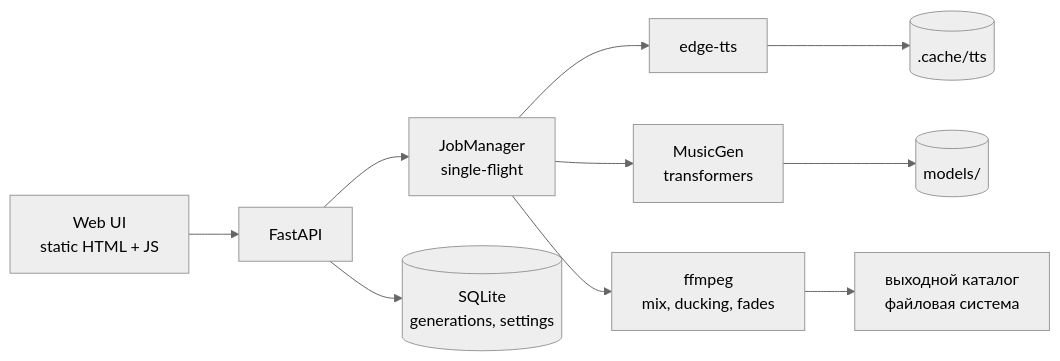
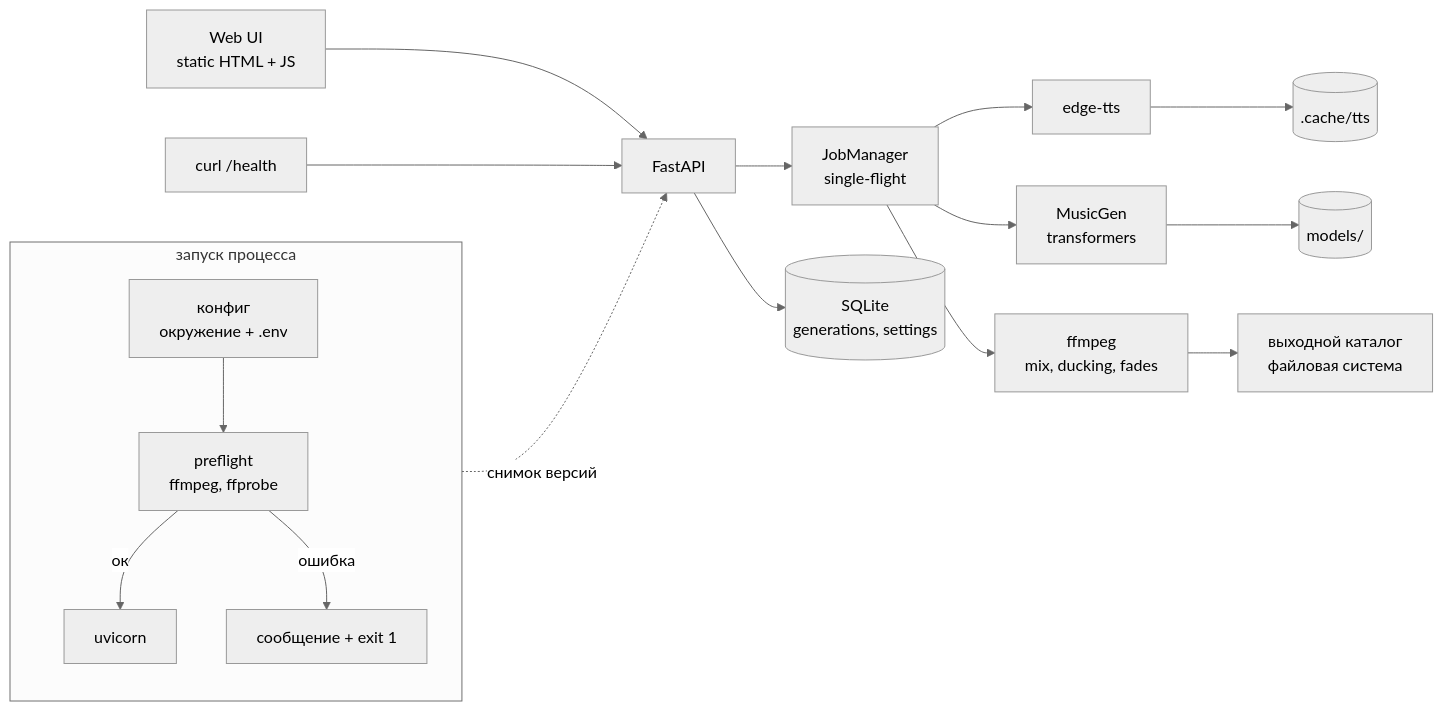
Before and after one commit to tuch-ka/muzifikator: the first of 2 diagrams in docs/architecture.md, drawn with Mermaid (neutral theme). The commit also changed other lines of this file and 14 other files, not shown here.

First line of the commit message:
feat: add project scaffold with preflight and health

````diff
--- a/docs/architecture.md
+++ b/docs/architecture.md
@@ -8,12 +8,20 @@
 ```mermaid
 flowchart LR
+    subgraph START["запуск процесса"]
+        direction TB
+        CFG["конфиг<br/>окружение + .env"] --> PF["preflight<br/>ffmpeg, ffprobe"]
+        PF -->|"ок"| APP["uvicorn"]
+        PF -->|"ошибка"| EXIT["сообщение + exit 1"]
+    end
     UI["Web UI<br/>static HTML + JS"] --> API["FastAPI"]
+    OPS["curl /health"] --> API
     API --> JOB["JobManager<br/>single-flight"]
     JOB --> TTS["edge-tts"]
     JOB --> MUS["MusicGen<br/>transformers"]
     JOB --> MIX["ffmpeg<br/>mix, ducking, fades"]
     MIX --> OUT["выходной каталог<br/>файловая система"]
     API --> DB[("SQLite<br/>generations, settings")]
     MUS --> MODELS[("models/")]
     TTS --> CACHE[(".cache/tts")]
+    PF -.->|"снимок версий"| API
 ```
````
